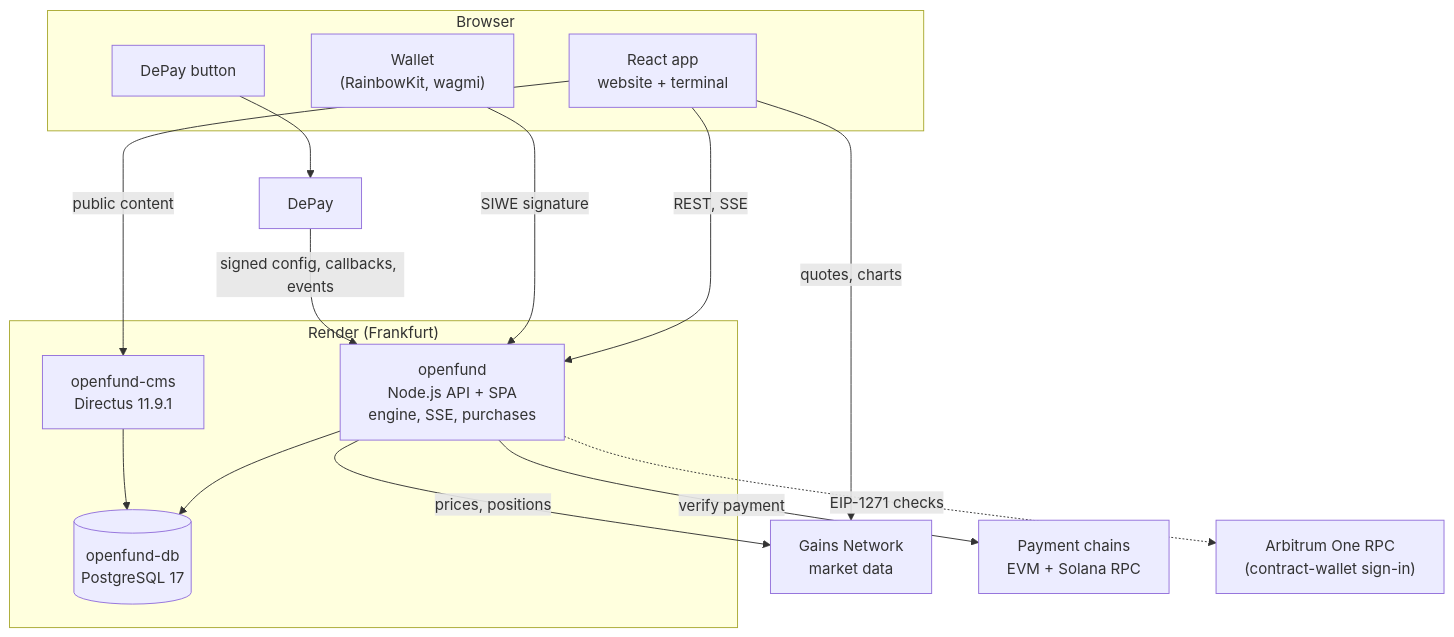
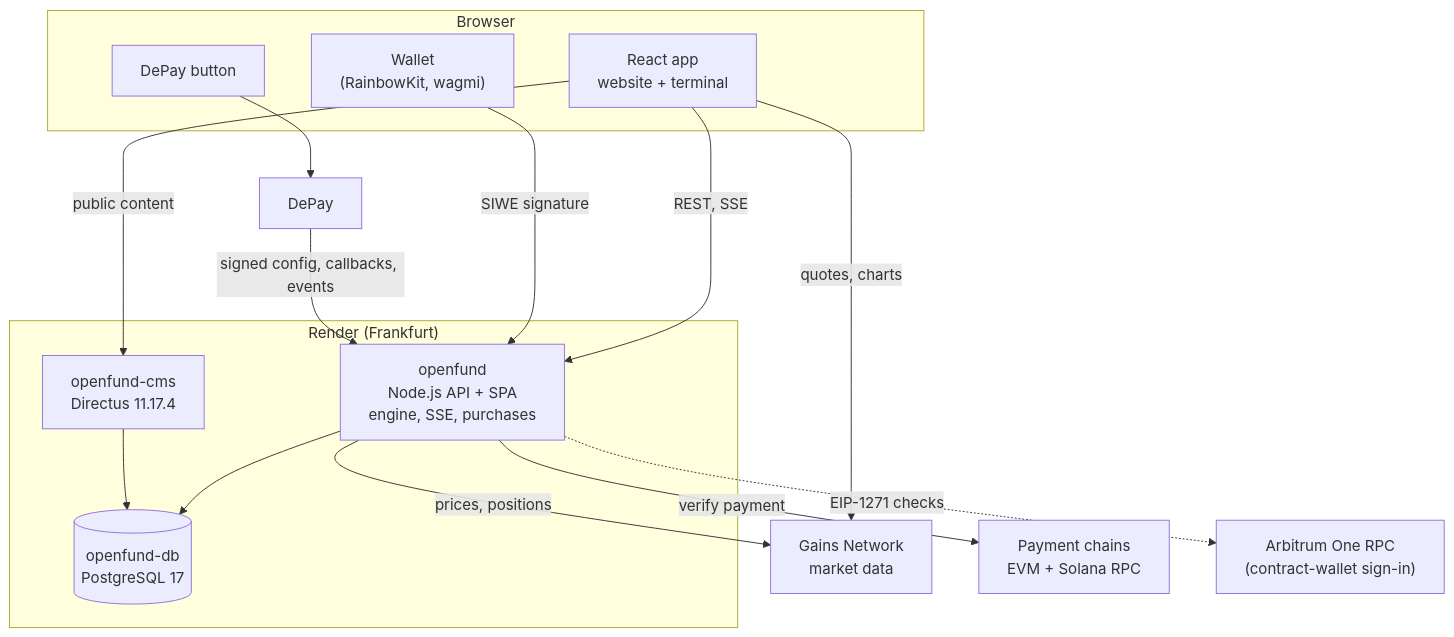
One commit to algomanlife/openfund changed the diagram in README.md. Above: the diagram before and after it, drawn with Mermaid. The commit also changed other lines of this file and 20 other files, not shown here.

First line of the commit message:
chore(cms): pin Directus 11.17.4, the latest 11.x release

````diff
--- a/README.md
+++ b/README.md
@@ -175,29 +175,29 @@
 ```mermaid
 flowchart TB
   subgraph Browser
     SPA["React app<br/>website + terminal"]
     Wallet["Wallet<br/>(RainbowKit, wagmi)"]
     DePayBtn["DePay button"]
   end
   subgraph Render["Render (Frankfurt)"]
     API["openfund<br/>Node.js API + SPA<br/>engine, SSE, purchases"]
-    CMS["openfund-cms<br/>Directus 11.9.1"]
+    CMS["openfund-cms<br/>Directus 11.17.4"]
     DB[("openfund-db<br/>PostgreSQL 17")]
   end
   Gains["Gains Network<br/>market data"]
   DePay["DePay"]
   Chains["Payment chains<br/>EVM + Solana RPC"]
   Arb["Arbitrum One RPC<br/>(contract-wallet sign-in)"]
 
   SPA -->|"REST, SSE"| API
   SPA -->|"public content"| CMS
   SPA -->|"quotes, charts"| Gains
   Wallet -->|"SIWE signature"| API
   API --> DB
   CMS --> DB
   API -->|"prices, positions"| Gains
   API -.->|"EIP-1271 checks"| Arb
   DePayBtn --> DePay
   DePay -->|"signed config, callbacks, events"| API
   API -->|"verify payment"| Chains
 ```
````
